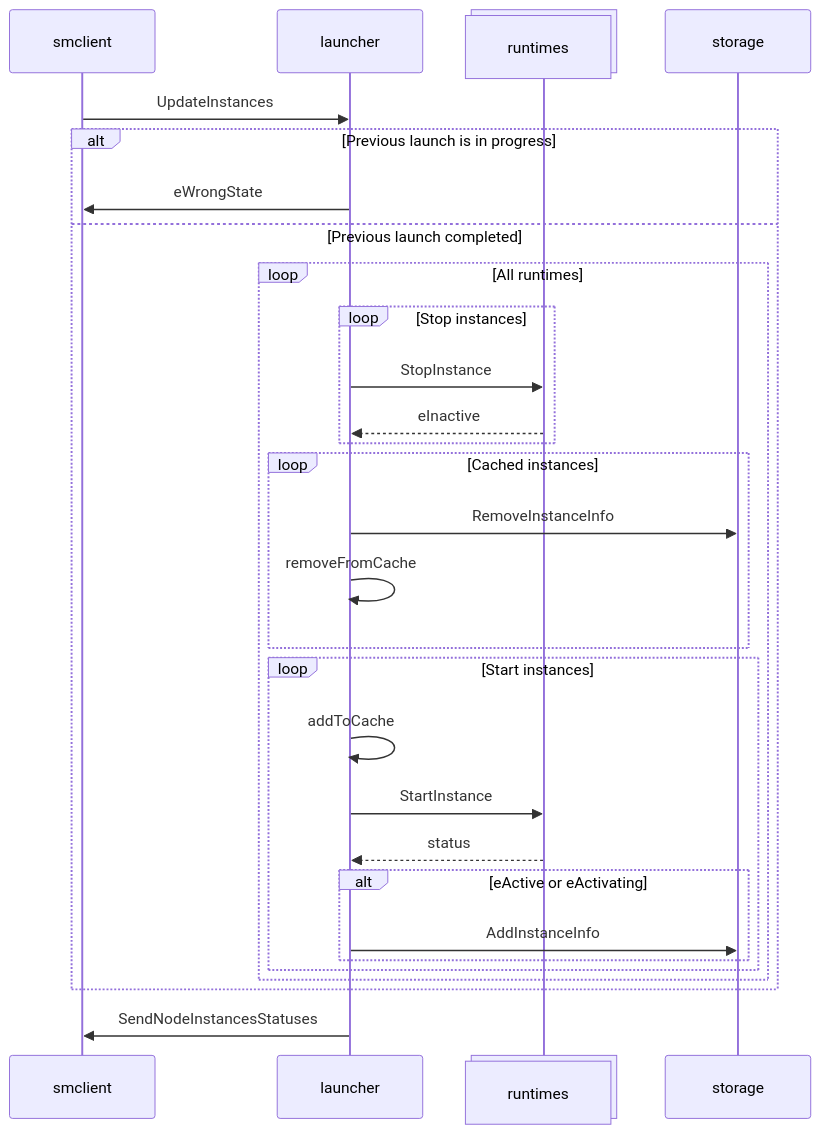
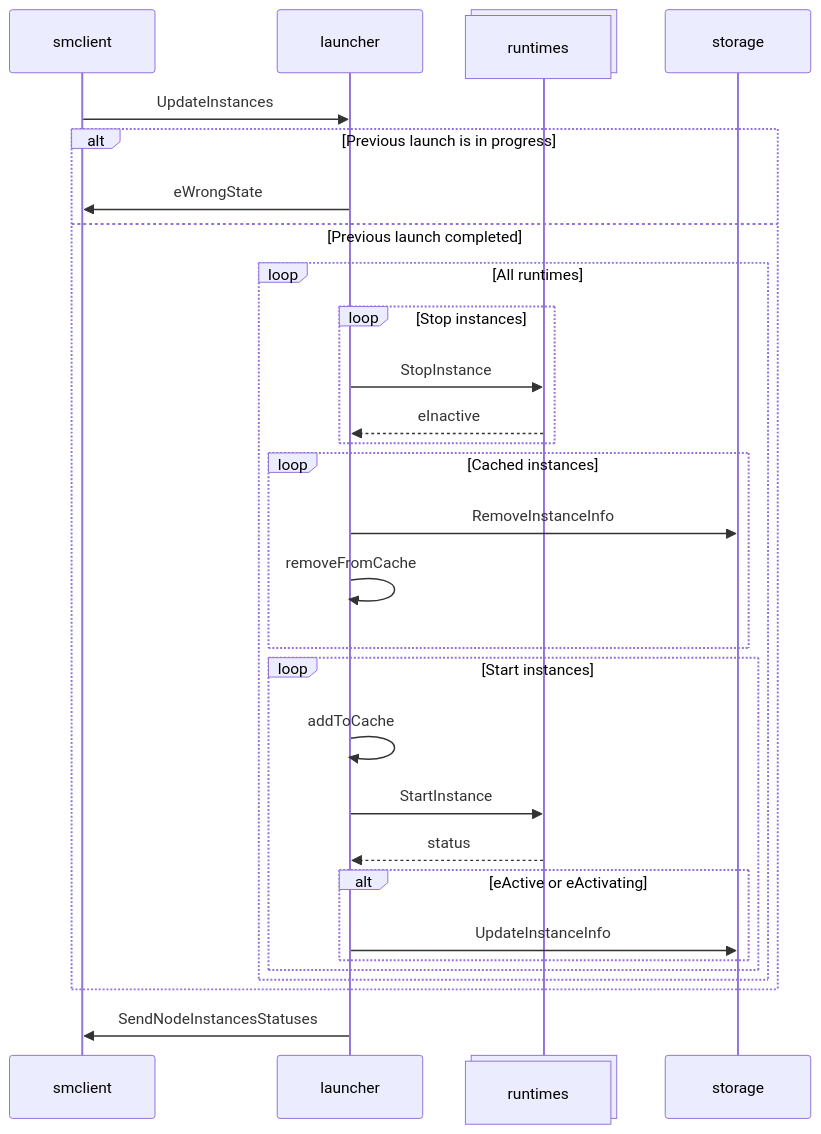
One commit to aosedge/aos_core_lib_cpp changed the third of 3 diagrams in src/core/sm/launcher/launcher.md. Above: the diagram before and after it, drawn with Mermaid. The commit also changed 3 other files, not shown here.

Commit message:
sm: launcher: rename AddInstanceInfo to UpdateInstanceInfo

````diff
--- a/src/core/sm/launcher/launcher.md
+++ b/src/core/sm/launcher/launcher.md
@@ -128,37 +128,37 @@
 ```mermaid
 sequenceDiagram
     participant smclient
     participant launcher
     participant runtimes@{ "type" : "collections" }
     participant storage
 
     smclient ->> launcher: UpdateInstances
     alt Previous launch is in progress
         launcher ->> smclient: eWrongState
 
     else Previous launch completed
         loop All runtimes
             loop Stop instances
                 launcher ->> runtimes: StopInstance
                 runtimes -->> launcher: eInactive
             end
 
             loop Cached instances
                 launcher ->> storage: RemoveInstanceInfo
                 launcher ->> launcher: removeFromCache
             end
 
             loop Start instances
                 launcher ->> launcher: addToCache
                 launcher ->> runtimes: StartInstance
                 
                 runtimes -->> launcher: status
                 alt  eActive or eActivating
-                    launcher ->> storage: AddInstanceInfo
+                    launcher ->> storage: UpdateInstanceInfo
                 end
             end
         end
     end
 
     launcher ->> smclient: SendNodeInstancesStatuses
 ```
````
